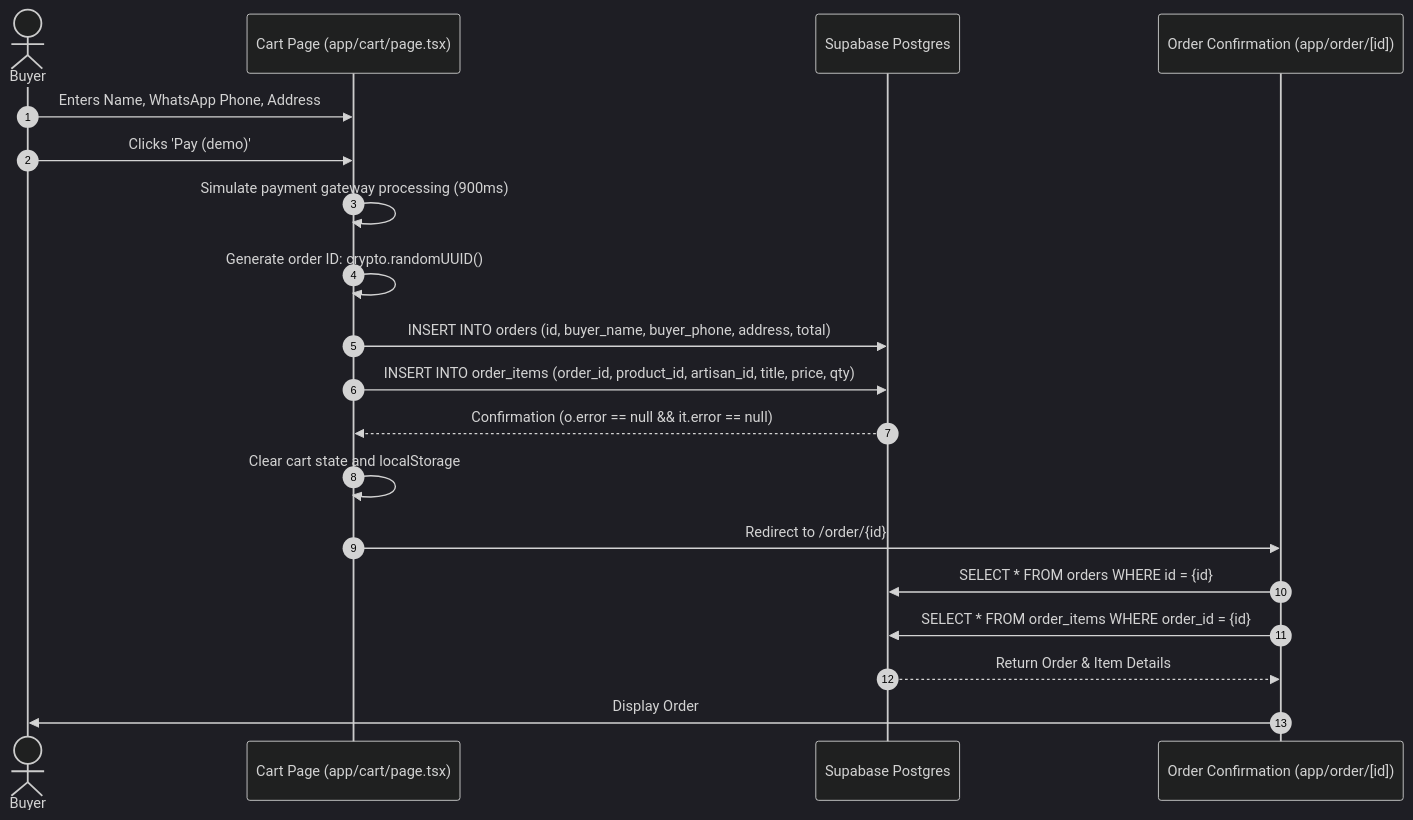
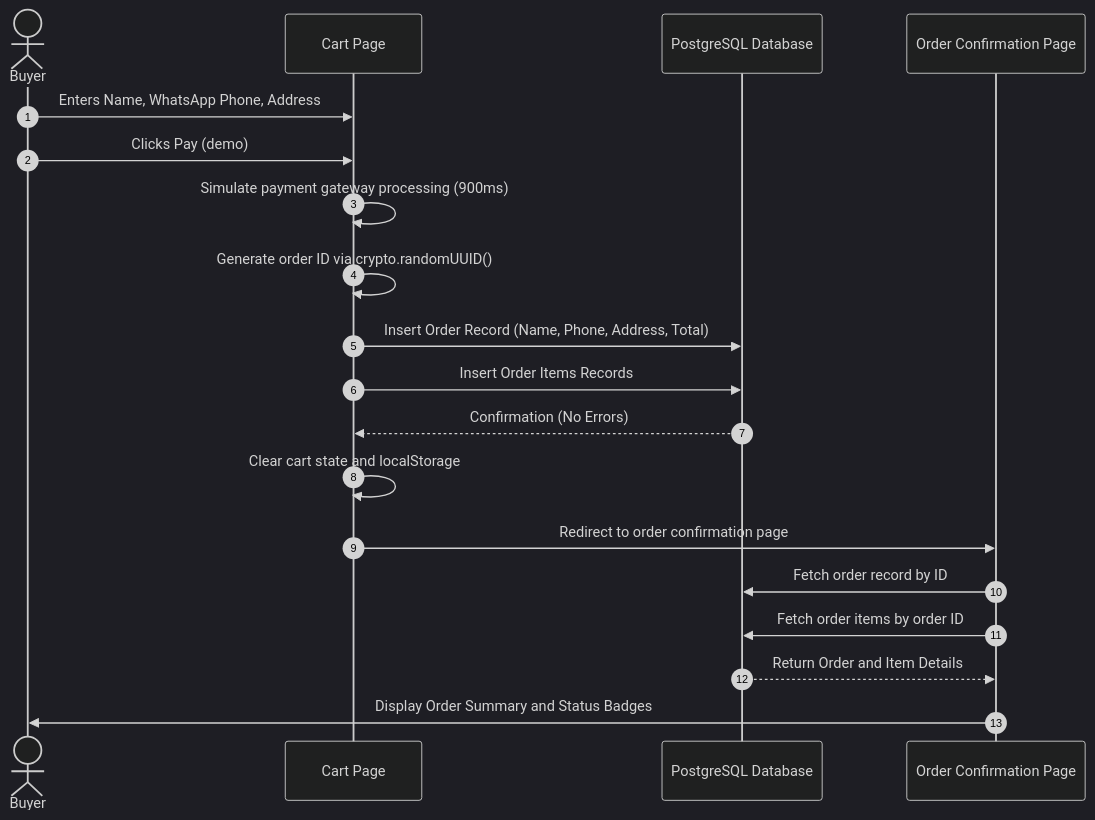
One commit to maheshwaraks13/KaustiKart changed the seventh of 11 diagrams in README.md. Above: the diagram before and after it, drawn with Mermaid (dark theme). The commit also changed other lines of this file, not shown here.

Commit message:
fix: sanitize Mermaid diagram labels and syntax for GitHub renderer

````diff
--- a/README.md
+++ b/README.md
@@ -410,22 +410,22 @@
 ```mermaid
 sequenceDiagram
     autonumber
     actor Buyer as Buyer
-    participant Cart as Cart Page (app/cart/page.tsx)
-    participant DB as Supabase Postgres
-    participant OrderPage as Order Confirmation (app/order/[id])
+    participant Cart as Cart Page
+    participant DB as PostgreSQL Database
+    participant OrderPage as Order Confirmation Page
 
     Buyer->>Cart: Enters Name, WhatsApp Phone, Address
-    Buyer->>Cart: Clicks 'Pay (demo)'
+    Buyer->>Cart: Clicks Pay (demo)
     Cart->>Cart: Simulate payment gateway processing (900ms)
-    Cart->>Cart: Generate order ID: crypto.randomUUID()
-    Cart->>DB: INSERT INTO orders (id, buyer_name, buyer_phone, address, total)
-    Cart->>DB: INSERT INTO order_items (order_id, product_id, artisan_id, title, price, qty)
-    DB-->>Cart: Confirmation (o.error == null && it.error == null)
+    Cart->>Cart: Generate order ID via crypto.randomUUID()
+    Cart->>DB: Insert Order Record (Name, Phone, Address, Total)
+    Cart->>DB: Insert Order Items Records
+    DB-->>Cart: Confirmation (No Errors)
     Cart->>Cart: Clear cart state and localStorage
-    Cart->>OrderPage: Redirect to /order/{id}
-    OrderPage->>DB: SELECT * FROM orders WHERE id = {id}
-    OrderPage->>DB: SELECT * FROM order_items WHERE order_id = {id}
-    DB-->>OrderPage: Return Order & Item Details
-    OrderPage->>Buyer: Display Order #UUID, Status Badges, and Delivery Address
+    Cart->>OrderPage: Redirect to order confirmation page
+    OrderPage->>DB: Fetch order record by ID
+    OrderPage->>DB: Fetch order items by order ID
+    DB-->>OrderPage: Return Order and Item Details
+    OrderPage->>Buyer: Display Order Summary and Status Badges
 ```
````
